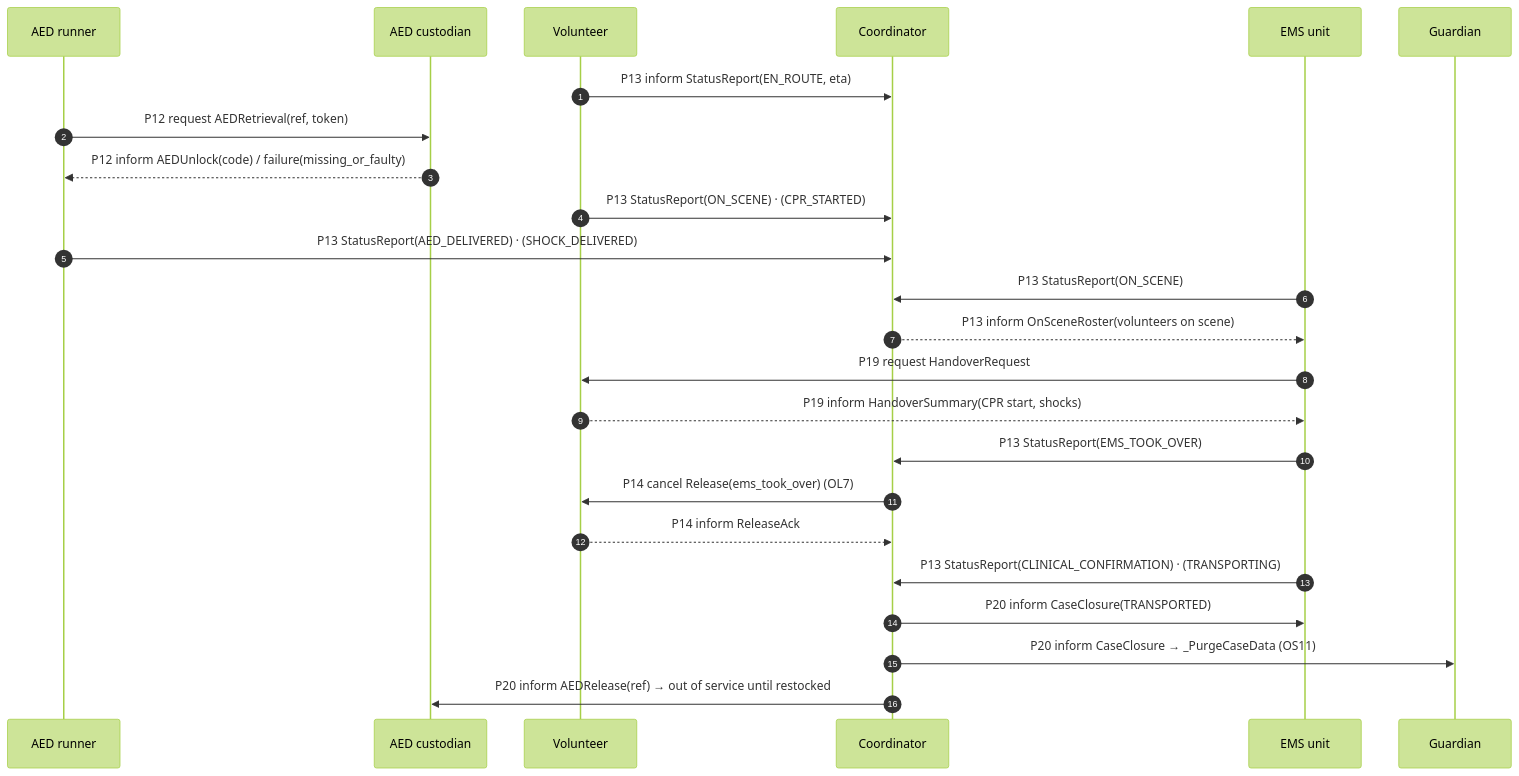
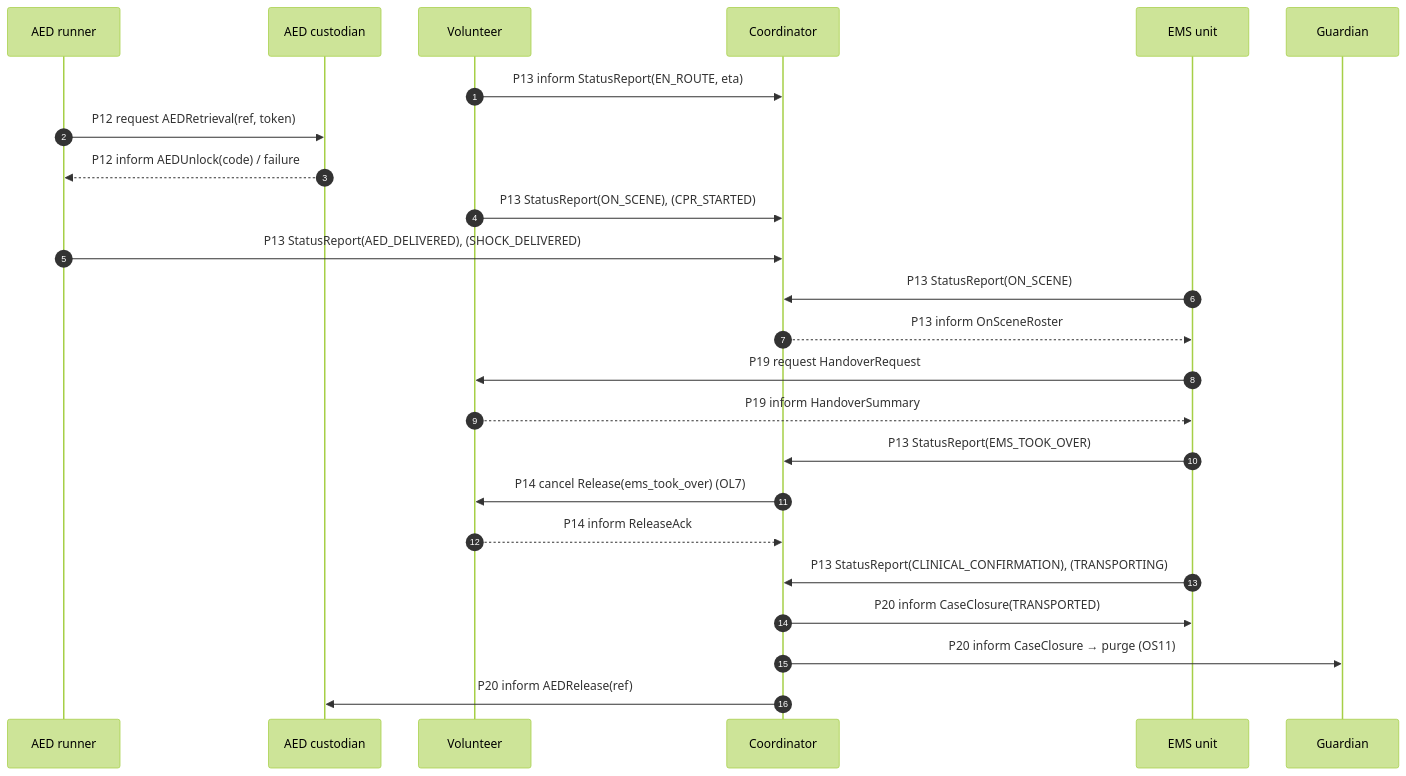
The third of 3 diagrams in docs/04-protocols-and-messages.md (rodrigoilde/fcup-isia), drawn with Mermaid (forest theme) before and after one commit. The commit also changed other lines of this file and 12 other files, not shown here.

````diff
--- a/docs/04-protocols-and-messages.md
+++ b/docs/04-protocols-and-messages.md
@@ -126,26 +104,26 @@
 ```mermaid
 sequenceDiagram
     autonumber
     participant R as AED runner
     participant C as AED custodian
     participant V as Volunteer
     participant H as Coordinator
     participant E as EMS unit
     participant G as Guardian
     V->>H: P13 inform StatusReport(EN_ROUTE, eta)
     R->>C: P12 request AEDRetrieval(ref, token)
-    C-->>R: P12 inform AEDUnlock(code) / failure(missing_or_faulty)
-    V->>H: P13 StatusReport(ON_SCENE) · (CPR_STARTED)
-    R->>H: P13 StatusReport(AED_DELIVERED) · (SHOCK_DELIVERED)
+    C-->>R: P12 inform AEDUnlock(code) / failure
+    V->>H: P13 StatusReport(ON_SCENE), (CPR_STARTED)
+    R->>H: P13 StatusReport(AED_DELIVERED), (SHOCK_DELIVERED)
     E->>H: P13 StatusReport(ON_SCENE)
-    H-->>E: P13 inform OnSceneRoster(volunteers on scene)
+    H-->>E: P13 inform OnSceneRoster
     E->>V: P19 request HandoverRequest
-    V-->>E: P19 inform HandoverSummary(CPR start, shocks)
+    V-->>E: P19 inform HandoverSummary
     E->>H: P13 StatusReport(EMS_TOOK_OVER)
     H->>V: P14 cancel Release(ems_took_over) (OL7)
     V-->>H: P14 inform ReleaseAck
-    E->>H: P13 StatusReport(CLINICAL_CONFIRMATION) · (TRANSPORTING)
+    E->>H: P13 StatusReport(CLINICAL_CONFIRMATION), (TRANSPORTING)
     H->>E: P20 inform CaseClosure(TRANSPORTED)
-    H->>G: P20 inform CaseClosure → _PurgeCaseData (OS11)
-    H->>C: P20 inform AEDRelease(ref) → out of service until restocked
+    H->>G: P20 inform CaseClosure → purge (OS11)
+    H->>C: P20 inform AEDRelease(ref)
 ```
````
